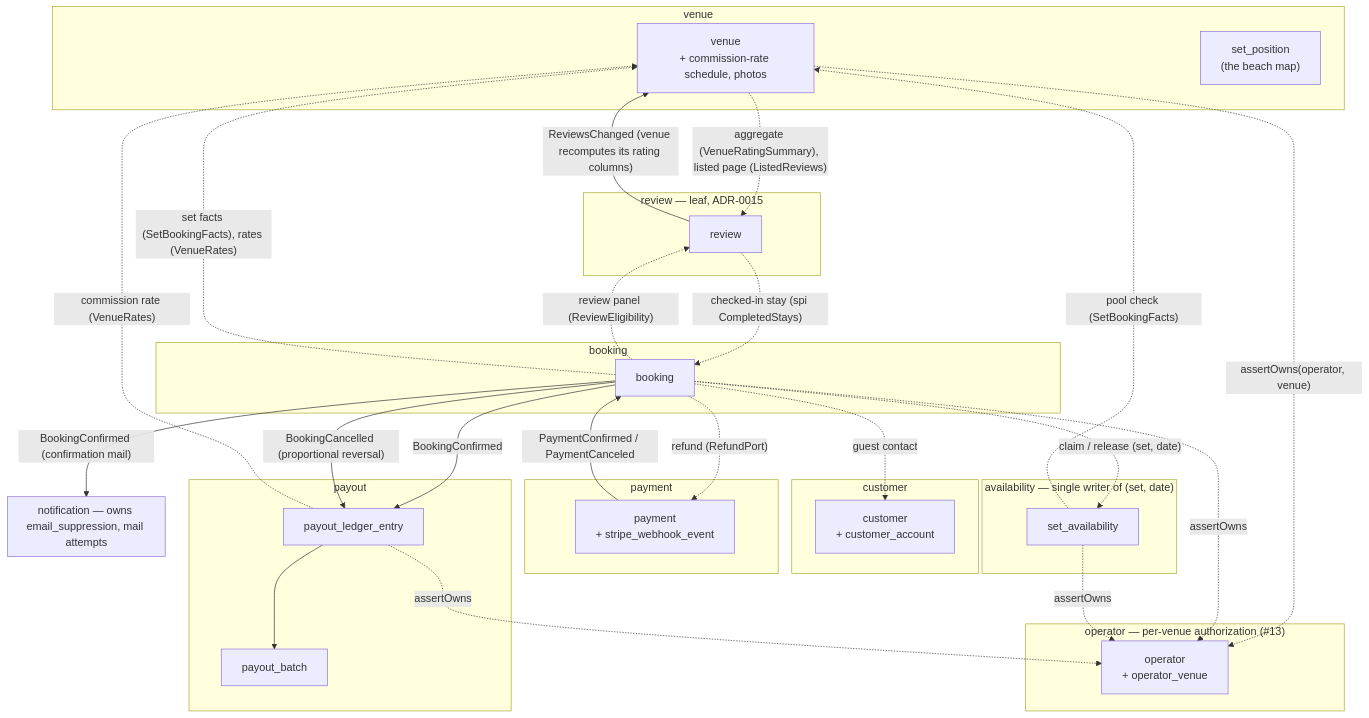
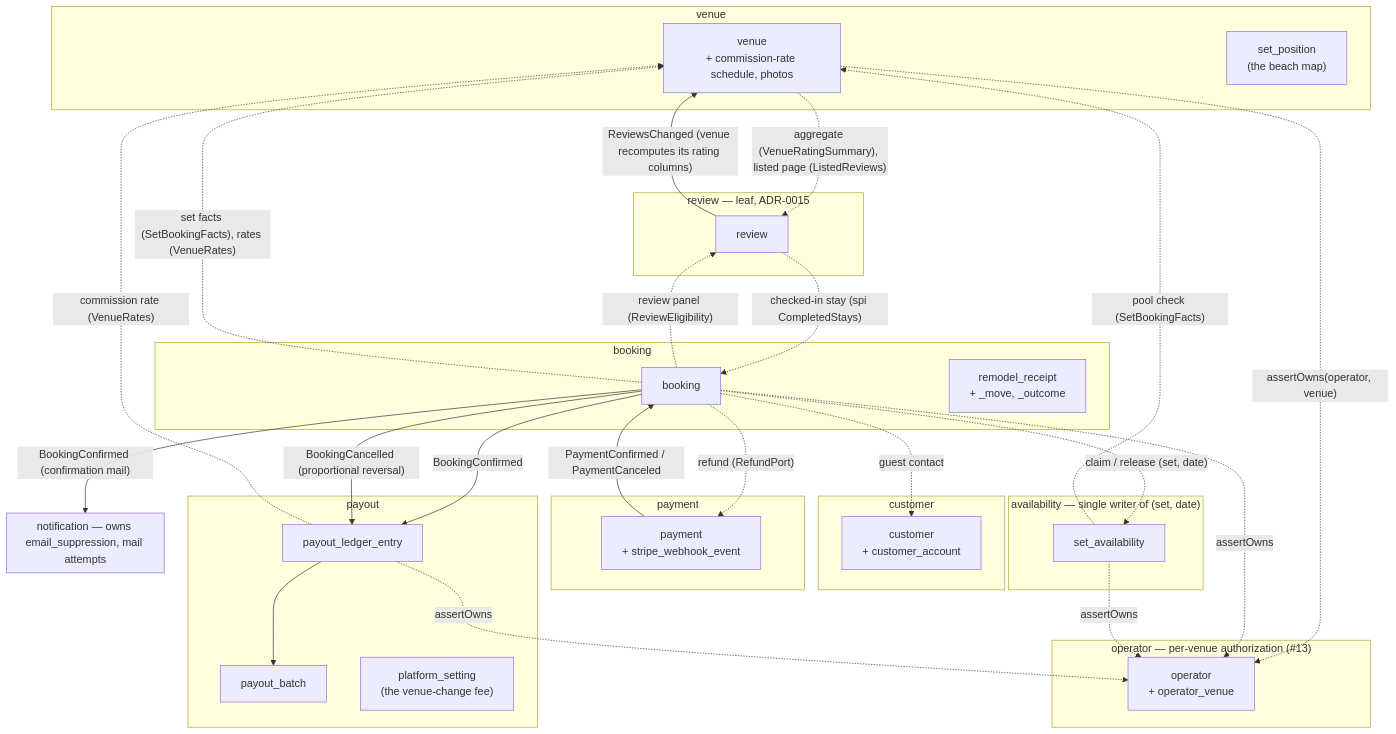
One commit to ivopogace/riviera-sunbed-booking changed the first of 15 diagrams in docs/architecture/domain-model.md. Above: the diagram before and after it, drawn with Mermaid. The commit also changed other lines of this file and 21 other files, not shown here.

````diff
--- a/docs/architecture/domain-model.md
+++ b/docs/architecture/domain-model.md
@@ -35,53 +35,55 @@
 ```mermaid
 graph TB
     subgraph customer["customer"]
         CUST["customer<br/>+ customer_account"]
     end
     subgraph venue["venue"]
         VEN["venue<br/>+ commission-rate schedule, photos"]
         MAP["set_position<br/>(the beach map)"]
     end
     subgraph availability["availability — single writer of (set, date)"]
         AVAIL["set_availability"]
     end
     subgraph booking["booking"]
         BOOK["booking"]
+        RCPT["remodel_receipt<br/>+ _move, _outcome"]
     end
     subgraph payment["payment"]
         PAY["payment<br/>+ stripe_webhook_event"]
     end
     subgraph payout["payout"]
         LEDG["payout_ledger_entry"]
         BATCH["payout_batch"]
+        PSET["platform_setting<br/>(the venue-change fee)"]
     end
     subgraph notification["notification — owns email_suppression, mail attempts"]
     end
 
     subgraph operator["operator — per-venue authorization (#13)"]
         OP["operator<br/>+ operator_venue"]
     end
     subgraph review["review — leaf, ADR-0015"]
         REV["review"]
     end
 
     PAY -- "PaymentConfirmed / PaymentCanceled" --> BOOK
     BOOK -- "BookingConfirmed" --> LEDG
     BOOK -- "BookingConfirmed (confirmation mail)" --> notification
     BOOK -- "BookingCancelled (proportional reversal)" --> LEDG
     REV -- "ReviewsChanged (venue recomputes its rating columns)" --> VEN
     VEN -. "aggregate (VenueRatingSummary), listed page (ListedReviews)" .-> REV
     BOOK -. "review panel (ReviewEligibility)" .-> REV
     REV -. "checked-in stay (spi CompletedStays)" .-> BOOK
 
     BOOK -. "claim / release (set, date)" .-> AVAIL
     BOOK -. "refund (RefundPort)" .-> PAY
     BOOK -. "set facts (SetBookingFacts), rates (VenueRates)" .-> VEN
     BOOK -. "guest contact" .-> CUST
     AVAIL -. "pool check (SetBookingFacts)" .-> VEN
     LEDG -. "commission rate (VenueRates)" .-> VEN
     VEN -. "assertOwns(operator, venue)" .-> OP
     BOOK -. "assertOwns" .-> OP
     AVAIL -. "assertOwns" .-> OP
     LEDG -. "assertOwns" .-> OP
     LEDG --> BATCH
 ```
````
